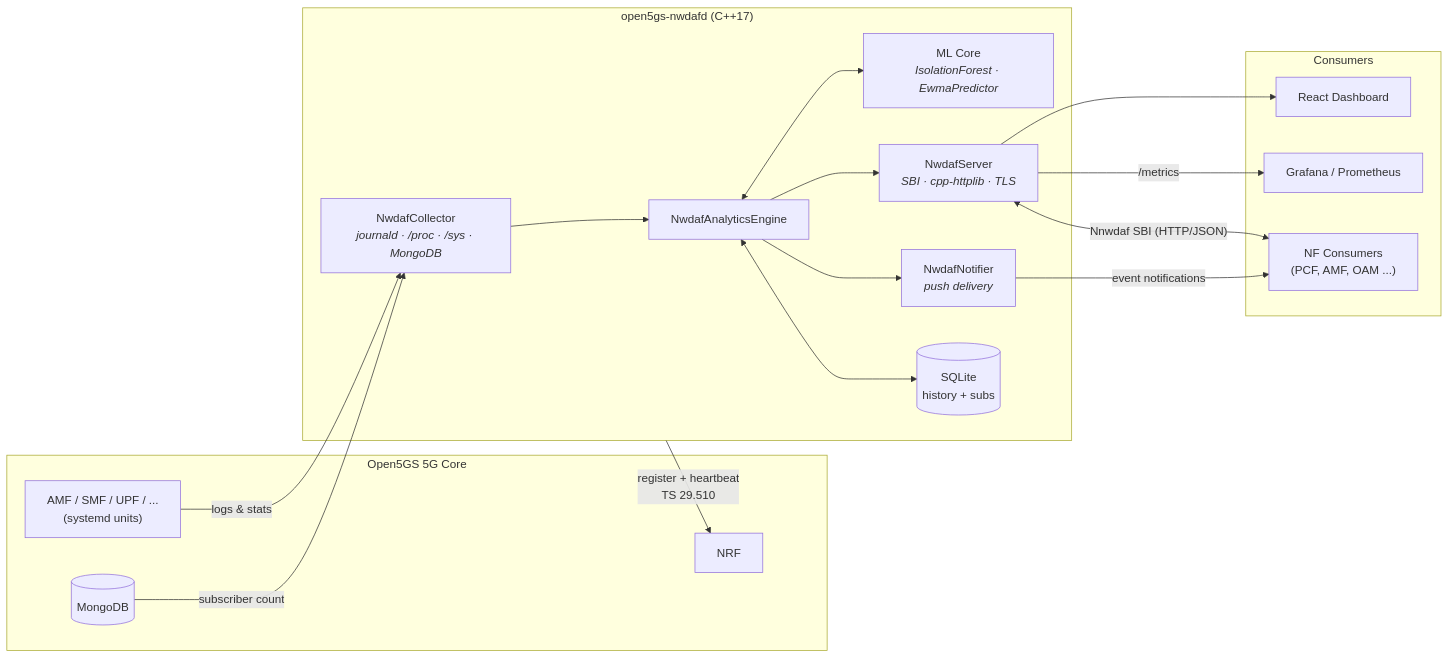
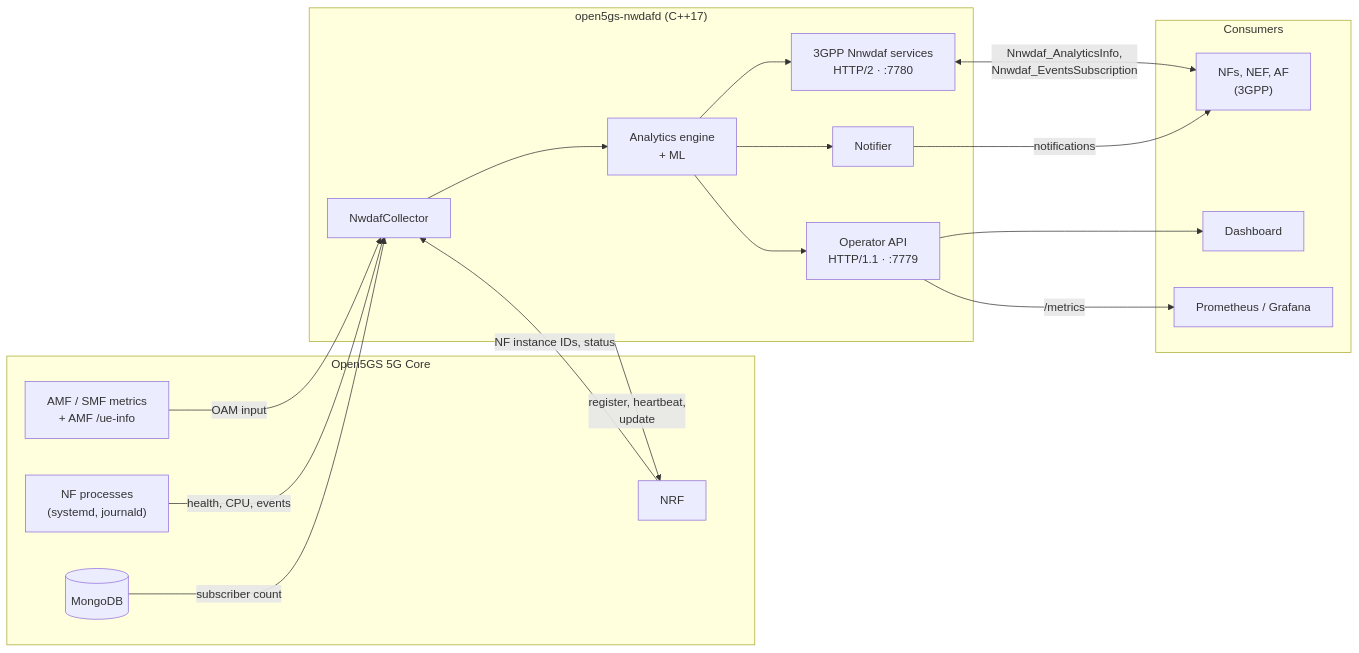
One commit to DFevereiro/open5gs-nwdaf changed the diagram in README.md. Above: the diagram before and after it, drawn with Mermaid. The commit also changed other lines of this file and 3 other files, not shown here.

````diff
--- a/README.md
+++ b/README.md
@@ -57,36 +52,37 @@
 ```mermaid
 flowchart LR
     subgraph Open5GS["Open5GS 5G Core"]
-        NF["AMF / SMF / UPF / ...<br/>(systemd units)"]
+        MET["AMF / SMF metrics<br/>+ AMF /ue-info"]
+        NF["NF processes<br/>(systemd, journald)"]
         NRF["NRF"]
         MDB[("MongoDB")]
     end
 
     subgraph NWDAF["open5gs-nwdafd (C++17)"]
-        COL["NwdafCollector<br/><i>journald · /proc · /sys · MongoDB</i>"]
-        ENG["NwdafAnalyticsEngine"]
-        ML["ML Core<br/><i>IsolationForest · EwmaPredictor</i>"]
-        SRV["NwdafServer<br/><i>SBI · cpp-httplib · TLS</i>"]
-        NOT["NwdafNotifier<br/><i>push delivery</i>"]
-        DB[("SQLite<br/>history + subs")]
+        COL["NwdafCollector"]
+        ENG["Analytics engine<br/>+ ML"]
+        SBI["3GPP Nnwdaf services<br/>HTTP/2 · :7780"]
+        OPS["Operator API<br/>HTTP/1.1 · :7779"]
+        NOT["Notifier"]
     end
 
     subgraph Consumers["Consumers"]
-        UI["React Dashboard"]
-        GRAF["Grafana / Prometheus"]
-        NFC["NF Consumers<br/>(PCF, AMF, OAM ...)"]
+        NFC["NFs, NEF, AF<br/>(3GPP)"]
+        UI["Dashboard"]
+        GRAF["Prometheus / Grafana"]
     end
 
-    NF -- "logs & stats" --> COL
+    MET -- "OAM input" --> COL
+    NF -- "health, CPU, events" --> COL
     MDB -- "subscriber count" --> COL
+    NRF -- "NF instance IDs, status" --> COL
     COL --> ENG
-    ENG <--> ML
-    ENG <--> DB
-    ENG --> SRV
+    ENG --> SBI
+    ENG --> OPS
     ENG --> NOT
-    SRV <-- "Nnwdaf SBI (HTTP/JSON)" --> NFC
-    SRV --> UI
-    SRV -- "/metrics" --> GRAF
-    NWDAF -- "register + heartbeat<br/>TS 29.510" --> NRF
-    NOT -- "event notifications" --> NFC
+    SBI <-- "Nnwdaf_AnalyticsInfo,<br/>Nnwdaf_EventsSubscription" --> NFC
+    NOT -- "notifications" --> NFC
+    OPS --> UI
+    OPS -- "/metrics" --> GRAF
+    NWDAF -- "register, heartbeat,<br/>update" --> NRF
 ```
````
